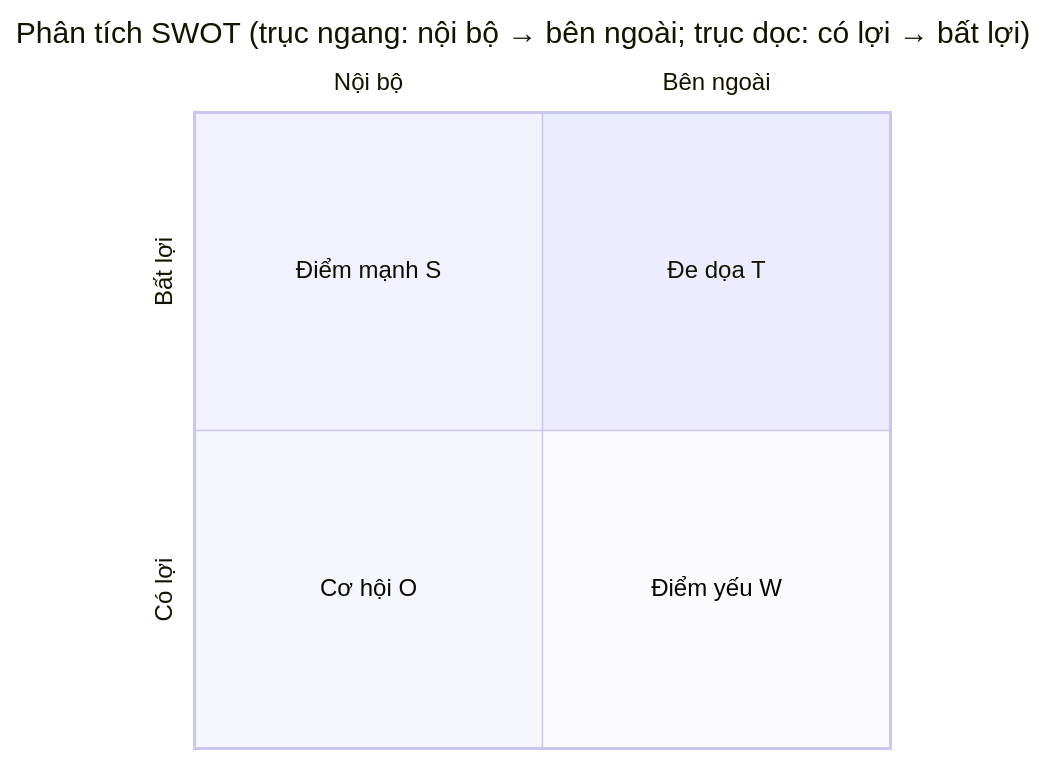
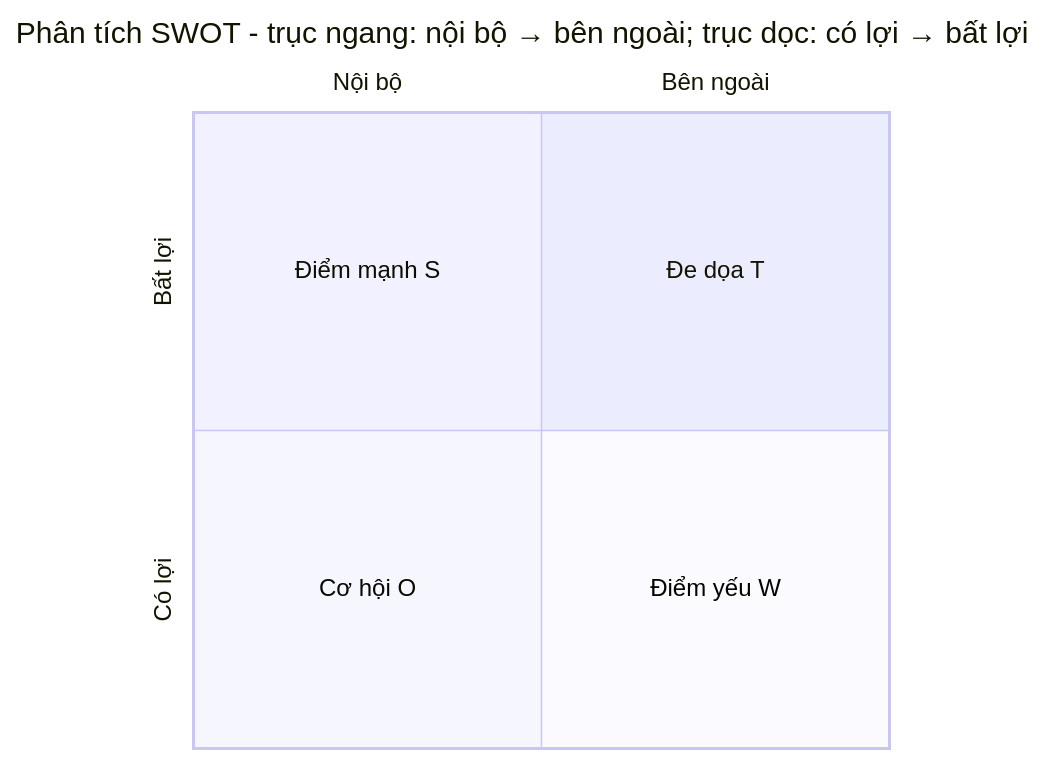
Before and after one commit to hoverwr-bit/management-methods: the tenth of 35 diagrams in README.vi.md, drawn with Mermaid. The commit also changed other lines of this file and 5 other files, not shown here.

````diff
--- a/README.vi.md
+++ b/README.vi.md
@@ -225,10 +230,10 @@
 ```mermaid
 quadrantChart
-    title Phân tích SWOT (trục ngang: nội bộ → bên ngoài; trục dọc: có lợi → bất lợi)
+    title Phân tích SWOT - trục ngang: nội bộ → bên ngoài; trục dọc: có lợi → bất lợi
     x-axis Nội bộ --> Bên ngoài
     y-axis Có lợi --> Bất lợi
     quadrant-2 Điểm mạnh S
     quadrant-1 Đe dọa T
     quadrant-3 Cơ hội O
     quadrant-4 Điểm yếu W
 ```
````
